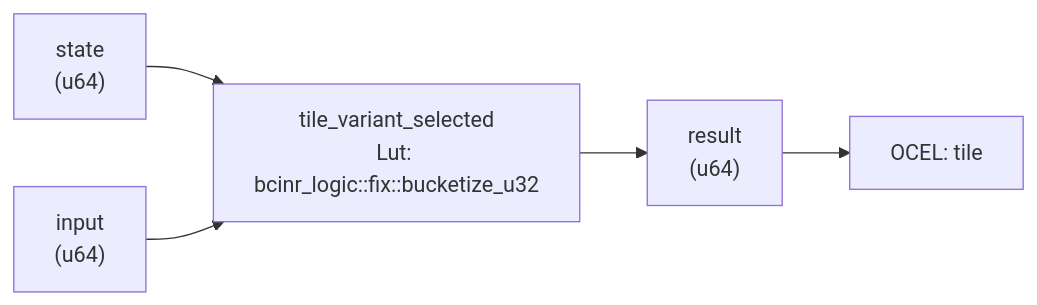
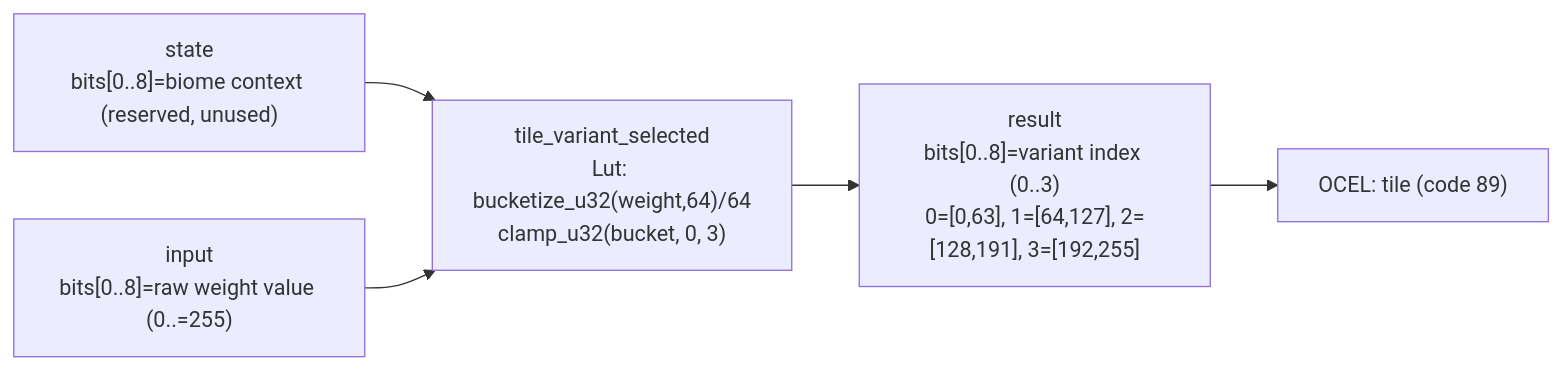
Before and after one commit to seanchatmangpt/bcinr: the diagram in crates/wasm4games/docs/patterns/tile_variant_selected.md, drawn with Mermaid. The commit also changed other lines of this file and 36 other files, not shown here.

````diff
--- a/crates/wasm4games/docs/patterns/tile_variant_selected.md
+++ b/crates/wasm4games/docs/patterns/tile_variant_selected.md
@@ -56,12 +38,12 @@
 ```mermaid
 graph LR
-    state["state\n(u64)"]
-    input["input\n(u64)"]
-    kernel["tile_variant_selected\nLut: bcinr_logic::fix::bucketize_u32"]
-    result["result\n(u64)"]
+    state["state\nbits[0..8]=biome context (reserved, unused)"]
+    input["input\nbits[0..8]=raw weight value (0..=255)"]
+    kernel["tile_variant_selected\nLut: bucketize_u32(weight,64)/64\nclamp_u32(bucket, 0, 3)"]
+    result["result\nbits[0..8]=variant index (0..3)\n0=[0,63], 1=[64,127], 2=[128,191], 3=[192,255]"]
     state --> kernel
     input --> kernel
     kernel --> result
-    ocel_0["OCEL: tile"]
+    ocel_0["OCEL: tile (code 89)"]
     result --> ocel_0
 ```
````
